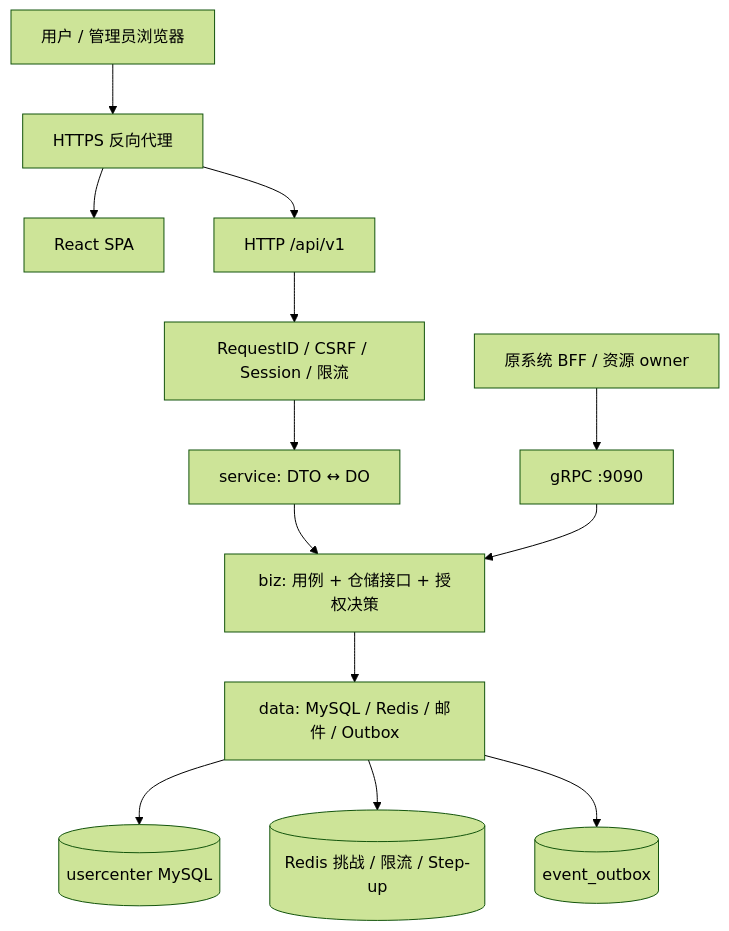
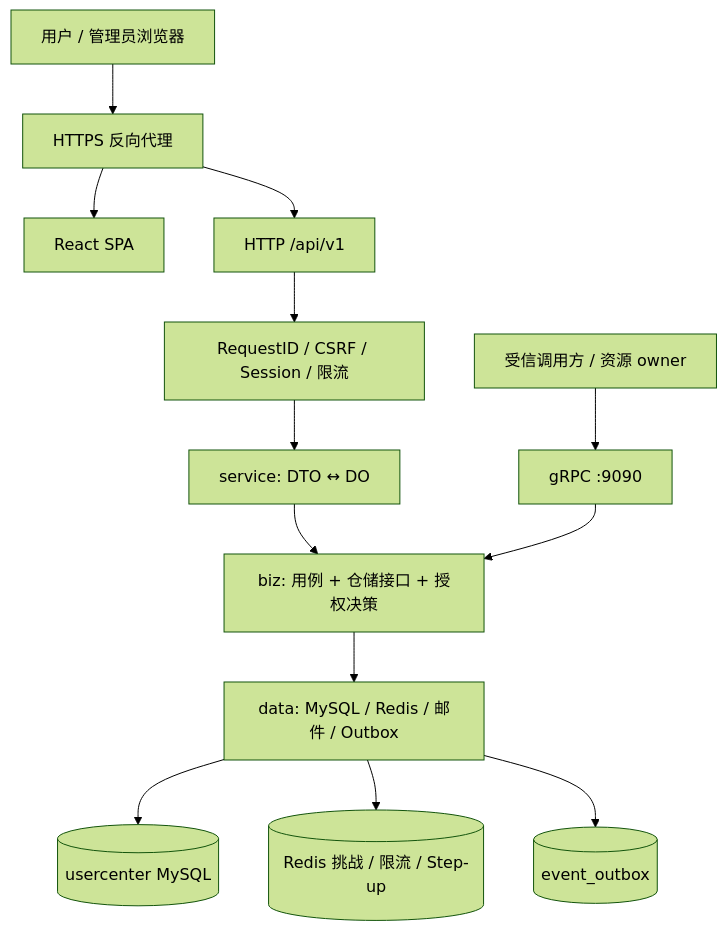
One commit to mengbin92/user-center changed the diagram in README.md. Above: the diagram before and after it, drawn with Mermaid (forest theme). The commit also changed other lines of this file and 5 other files, not shown here.

````diff
--- a/README.md
+++ b/README.md
@@ -64,15 +64,15 @@
 ```mermaid
 flowchart TB
     U[用户 / 管理员浏览器] --> EDGE[HTTPS 反向代理]
     EDGE --> SPA[React SPA]
     EDGE --> API[HTTP /api/v1]
     API --> MW[RequestID / CSRF / Session / 限流]
     MW --> SVC[service: DTO ↔ DO]
     SVC --> BIZ[biz: 用例 + 仓储接口 + 授权决策]
     BIZ --> DATA[data: MySQL / Redis / 邮件 / Outbox]
     DATA --> DB[(usercenter MySQL)]
     DATA --> REDIS[(Redis 挑战 / 限流 / Step-up)]
-    BFF[原系统 BFF / 资源 owner] --> RPC[gRPC :9090]
+    CALLER[受信调用方 / 资源 owner] --> RPC[gRPC :9090]
     RPC --> BIZ
     DATA --> OUTBOX[(event_outbox)]
 ```
````
